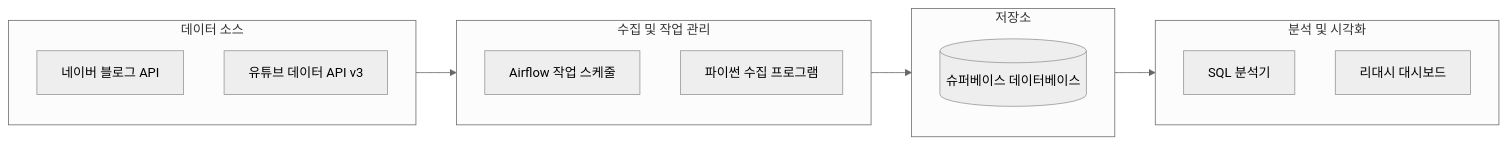
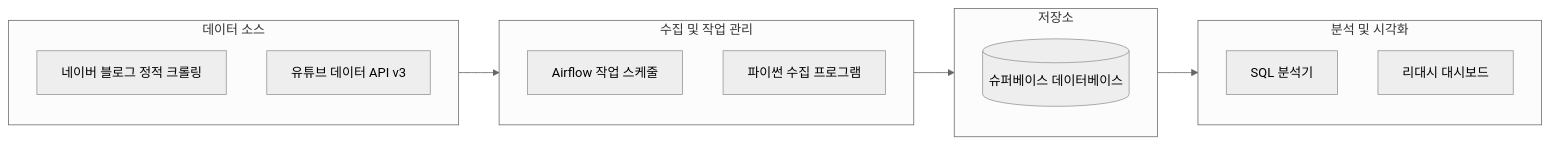
Before and after one commit to SJBiber/kdt_woongin: the diagram in team_project/3번항목정리.md, drawn with Mermaid (neutral theme). The commit also changed 3 other files, not shown here.

````diff
--- a/team_project/3번항목정리.md
+++ b/team_project/3번항목정리.md
@@ -6,25 +6,25 @@
 ```mermaid
 graph LR
     subgraph Data_Sources [데이터 소스]
-        A1[네이버 블로그 API]
+        A1[네이버 블로그 정적 크롤링]
         A2[유튜브 데이터 API v3]
     end
 
     subgraph Collection_Orchestration [수집 및 작업 관리]
         B1[Airflow 작업 스케줄]
         B2[파이썬 수집 프로그램]
     end
 
     subgraph Storage [저장소]
         C1[(슈퍼베이스 데이터베이스)]
     end
 
     subgraph Analysis_Visualization [분석 및 시각화]
         D1[SQL 분석기]
         D2[리대시 대시보드]
     end
 
     Data_Sources --> Collection_Orchestration
     Collection_Orchestration --> Storage
     Storage --> Analysis_Visualization
 ```
````
